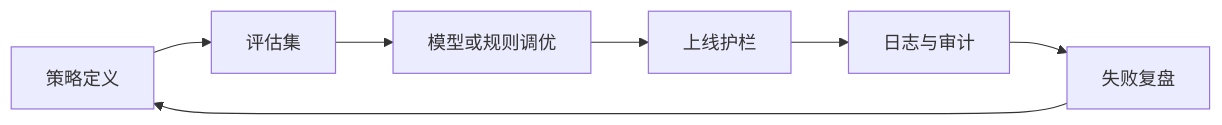
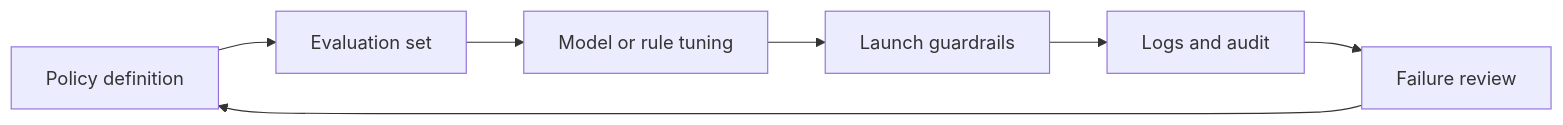
Before and after one commit to oudbiao/AI-fullstack-course: the second of 2 diagrams in docs/ch07-llm-principles/ch07-alignment/01-alignment-problem.md, drawn with Mermaid. The commit also changed other lines of this file and 1406 other files, not shown here.

````diff
--- a/docs/ch07-llm-principles/ch07-alignment/01-alignment-problem.md
+++ b/docs/ch07-llm-principles/ch07-alignment/01-alignment-problem.md
@@ -436,9 +436,9 @@
 ```mermaid
 flowchart LR
-    A["策略定义"] --> B["评估集"]
-    B --> C["模型或规则调优"]
-    C --> D["上线护栏"]
-    D --> E["日志与审计"]
-    E --> F["失败复盘"]
+    A["Policy definition"] --> B["Evaluation set"]
+    B --> C["Model or rule tuning"]
+    C --> D["Launch guardrails"]
+    D --> E["Logs and audit"]
+    E --> F["Failure review"]
     F --> A
 ```
````
